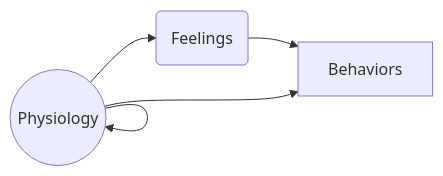
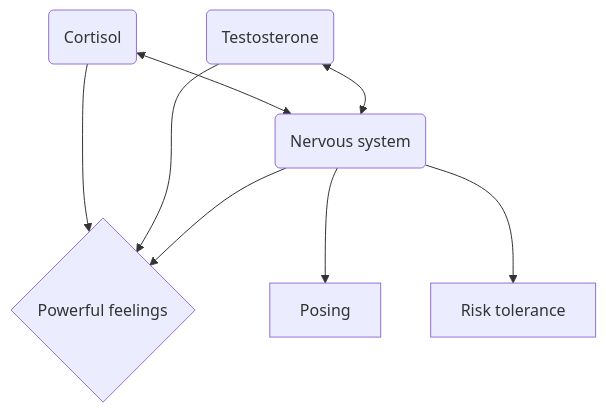
One commit to psu-psychology/psych-490-reproducibility-2023-fall changed the fifth of 8 diagrams in src/notes/wk09-2023-10-18.qmd. Above: the diagram before and after it, drawn with Mermaid. The commit also changed other lines of this file and 29 other files, not shown here.

````diff
--- a/src/notes/wk09-2023-10-18.qmd
+++ b/src/notes/wk09-2023-10-18.qmd
@@ -313,8 +319,10 @@
 ```{mermaid}
-%%| fig-height: 6.5
-flowchart LR
-  B(Feelings) -->A[Behaviors]
-  C((Physiology)) -->A
-  C -->B
-  C -->C
+flowchart TD
+  C(Cortisol) -->D{Powerful feelings}
+  B(Testosterone) -->D
+  F(Nervous system) -->D
+  F --> A[Posing]
+  F --> E[Risk tolerance]
+  C <--> F
+  B <--> F
 ```
````
